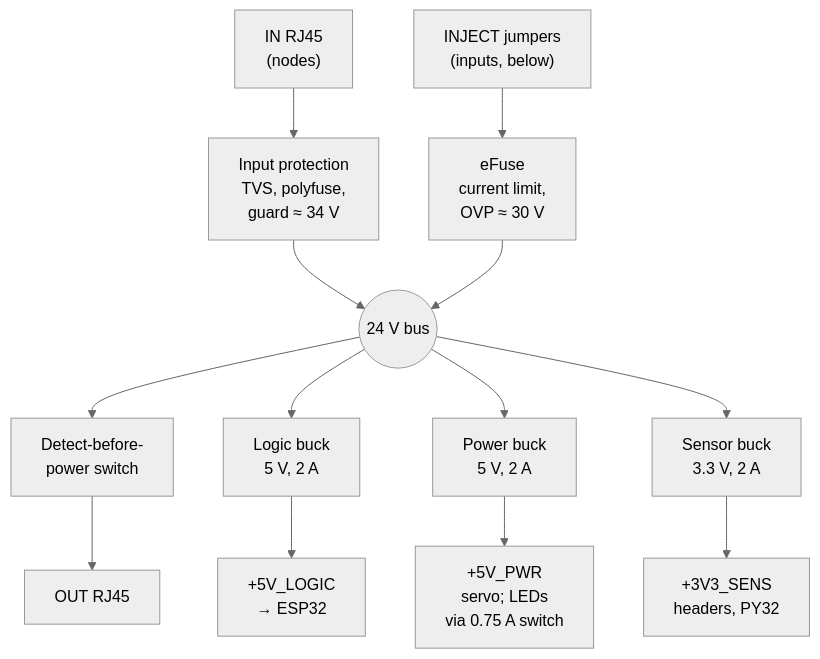
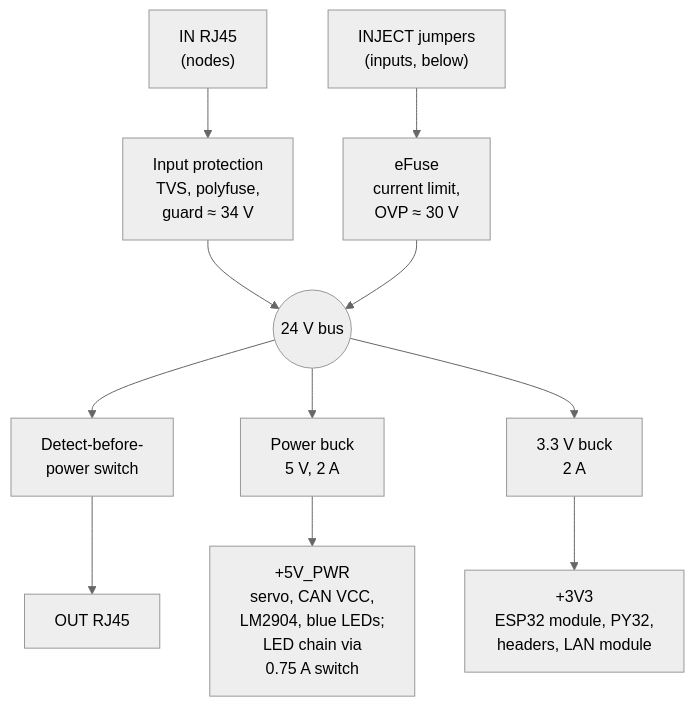
The first of 3 diagrams in docs/02_hardware_specification.md (BashfulBits/3dp-fleet-exhaust), drawn with Mermaid (neutral theme) before and after one commit. The commit also changed other lines of this file and 10 other files, not shown here.

First line of the commit message:
D72 ESP32 module on the carrier, W5500 LAN module, UART0 header; D73 Tasmota backends

````diff
--- a/docs/02_hardware_specification.md
+++ b/docs/02_hardware_specification.md
@@ -67,11 +55,10 @@
 ```mermaid
 flowchart TB
   IN["IN RJ45<br>(nodes)"] --> PROT["Input protection<br>TVS, polyfuse,<br>guard ≈ 34 V"]
   INJ["INJECT jumpers<br>(inputs, below)"] --> EF["eFuse<br>current limit,<br>OVP ≈ 30 V"]
   PROT --> BUS(("24 V bus"))
   EF --> BUS
   BUS --> DBP["Detect-before-<br>power switch"] --> OUT["OUT RJ45"]
-  BUS --> BL["Logic buck<br>5 V, 2 A"] --> L5["+5V_LOGIC<br>→ ESP32"]
-  BUS --> BP["Power buck<br>5 V, 2 A"] --> P5["+5V_PWR<br>servo; LEDs<br>via 0.75 A switch"]
-  BUS --> B3["Sensor buck<br>3.3 V, 2 A"] --> S3["+3V3_SENS<br>headers, PY32"]
+  BUS --> BP["Power buck<br>5 V, 2 A"] --> P5["+5V_PWR<br>servo, CAN VCC,<br>LM2904, blue LEDs;<br>LED chain via<br>0.75 A switch"]
+  BUS --> B3["3.3 V buck<br>2 A"] --> S3["+3V3<br>ESP32 module, PY32,<br>headers, LAN module"]
 ```
````
